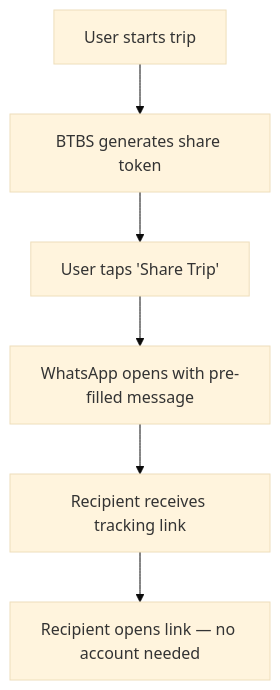
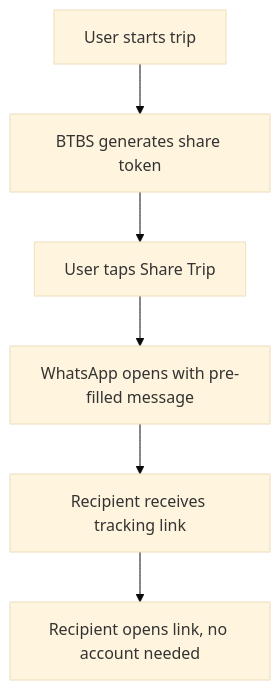
One commit to kizito67/BTBS-BACKEND changed the fourth of 4 diagrams in README.md. Above: the diagram before and after it, drawn with Mermaid (base theme). The commit also changed other lines of this file, not shown here.

````diff
--- a/README.md
+++ b/README.md
@@ -208,8 +202,8 @@
 ```mermaid
-flowchart TD
+graph TD
     A[User starts trip] --> B[BTBS generates share token]
-    B --> C["User taps 'Share Trip'"]
+    B --> C[User taps Share Trip]
     C --> D[WhatsApp opens with pre-filled message]
     D --> E[Recipient receives tracking link]
-    E --> F[Recipient opens link — no account needed]
+    E --> F[Recipient opens link, no account needed]
 ```
````
